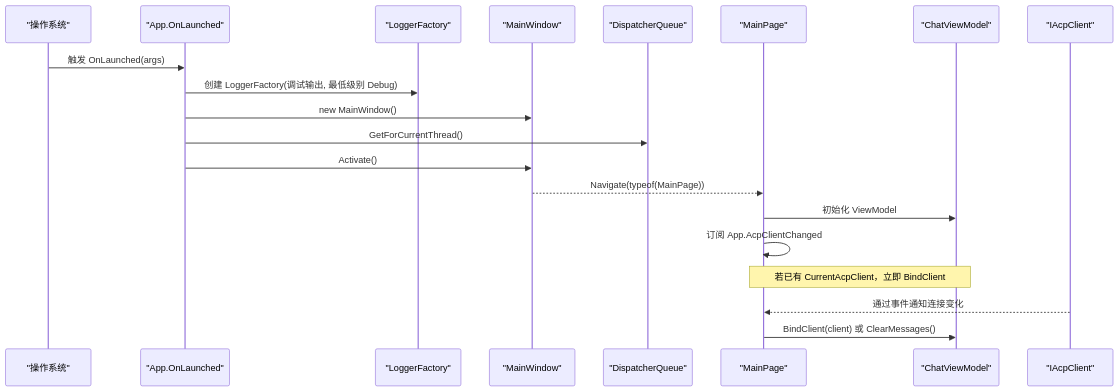
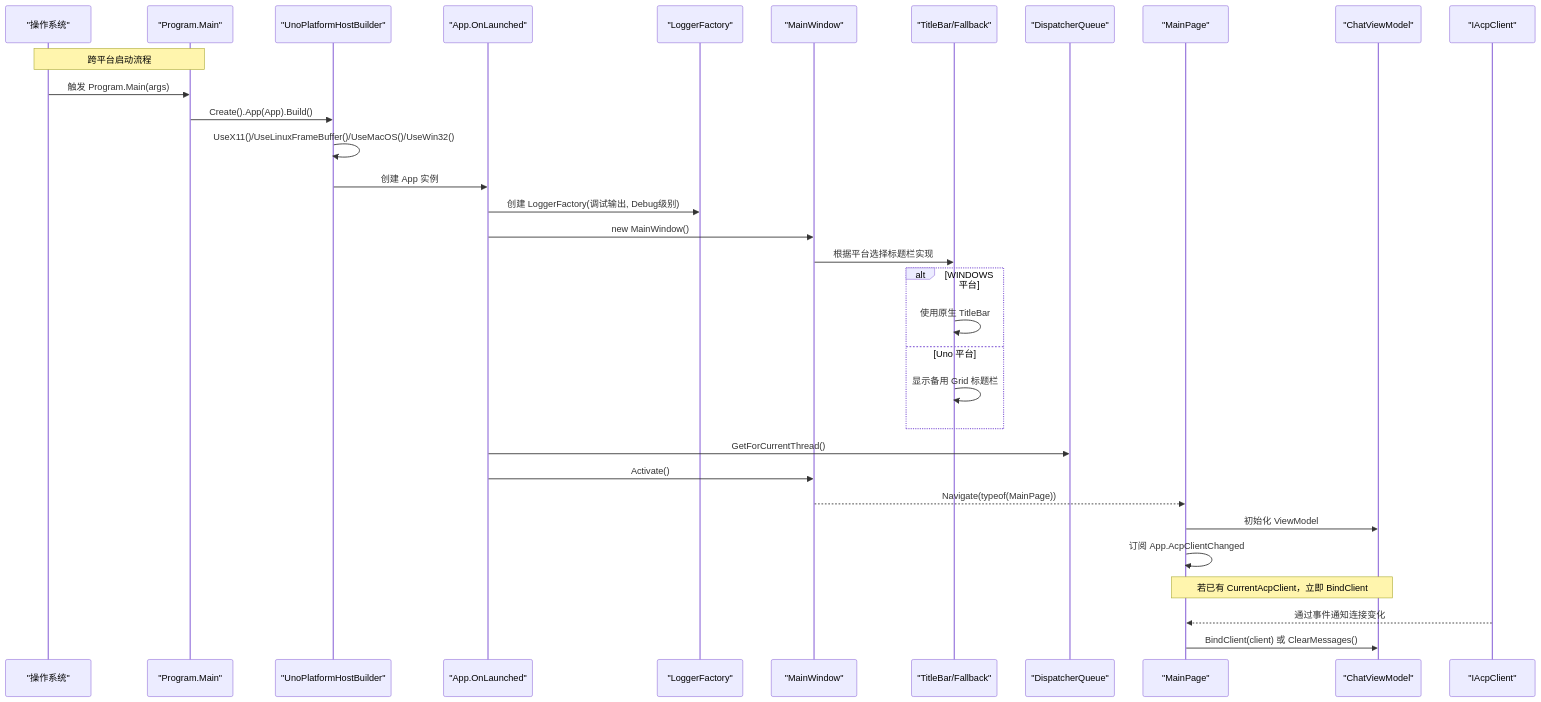
Before and after one commit to AgenticDesktop/App: the second of 3 diagrams in .qoder/repowiki/zh/content/开发指南/项目结构/应用程序入口.md, drawn with Mermaid. The commit also changed other lines of this file and 108 other files, not shown here.

First line of the commit message:
Add support for Uno Desktop and WinUI 3 build scripts

````diff
--- a/.qoder/repowiki/zh/content/开发指南/项目结构/应用程序入口.md
+++ b/.qoder/repowiki/zh/content/开发指南/项目结构/应用程序入口.md
@@ -70,22 +94,35 @@
 ```mermaid
 sequenceDiagram
 participant OS as "操作系统"
+participant Entry as "Program.Main"
+participant Host as "UnoPlatformHostBuilder"
 participant App as "App.OnLaunched"
 participant Log as "LoggerFactory"
 participant Win as "MainWindow"
+participant TitleBar as "TitleBar/Fallback"
 participant UI as "DispatcherQueue"
 participant Page as "MainPage"
 participant VM as "ChatViewModel"
 participant ACP as "IAcpClient"
-OS->>App : 触发 OnLaunched(args)
-App->>Log : 创建 LoggerFactory(调试输出, 最低级别 Debug)
+Note over OS,Entry : 跨平台启动流程
+OS->>Entry : 触发 Program.Main(args)
+Entry->>Host : Create().App(App).Build()
+Host->>Host : UseX11()/UseLinuxFrameBuffer()/UseMacOS()/UseWin32()
+Host->>App : 创建 App 实例
+App->>Log : 创建 LoggerFactory(调试输出, Debug级别)
 App->>Win : new MainWindow()
+Win->>TitleBar : 根据平台选择标题栏实现
+alt WINDOWS 平台
+TitleBar->>TitleBar : 使用原生 TitleBar
+else Uno 平台
+TitleBar->>TitleBar : 显示备用 Grid 标题栏
+end
 App->>UI : GetForCurrentThread()
 App->>Win : Activate()
 Win-->>Page : Navigate(typeof(MainPage))
 Page->>VM : 初始化 ViewModel
 Page->>Page : 订阅 App.AcpClientChanged
 Note over Page,VM : 若已有 CurrentAcpClient，立即 BindClient
 ACP-->>Page : 通过事件通知连接变化
 Page->>VM : BindClient(client) 或 ClearMessages()
 ```
````
